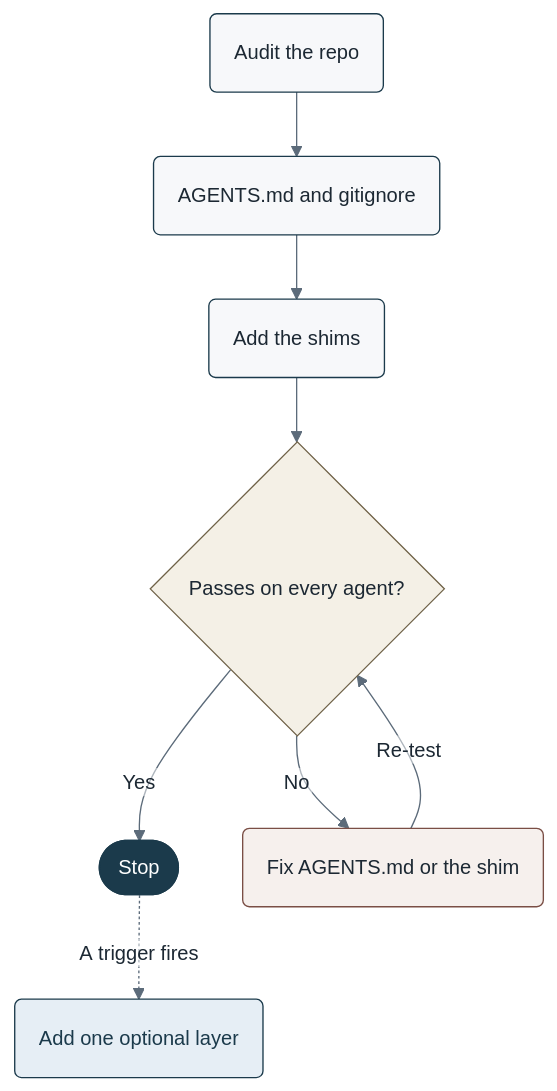
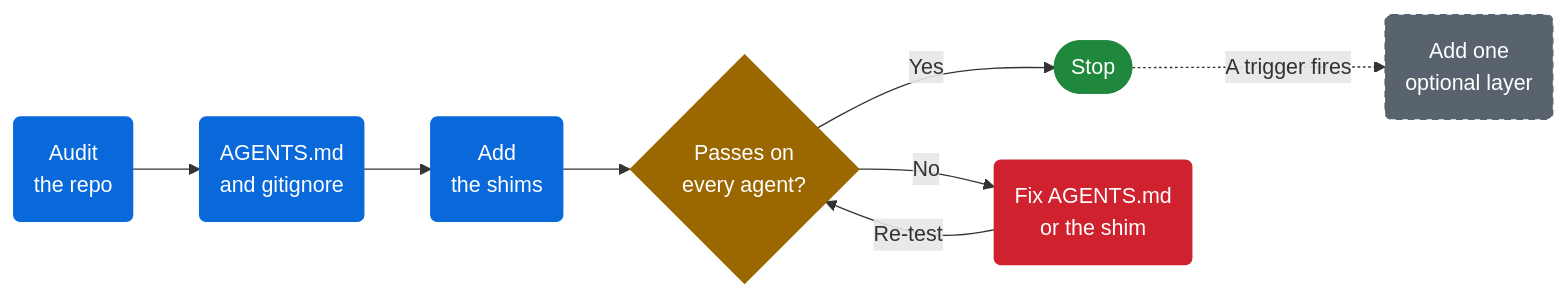
The second of 2 diagrams in README.md (santoshshinde2012/over-ai-engineering), drawn with Mermaid before and after one commit. The commit also changed other lines of this file, not shown here.

Commit message:
Render the README diagrams in both GitHub themes.
The diagrams set theme 'base' through an init directive, which stops
GitHub from switching them to its dark theme, and the flow diagram
intermittently failed to render on GitHub. Node colors now come from
classDef only, using GitHub Primer emphasis fills with white text, so
every node stays readable on light and dark pages while edges and
labels follow GitHub's theme.

````diff
--- a/README.md
+++ b/README.md
@@ -63,26 +60,23 @@
 ```mermaid
-%%{init: {'theme': 'base', 'flowchart': {'htmlLabels': false, 'curve': 'basis', 'padding': 18, 'nodeSpacing': 48, 'rankSpacing': 48}, 'themeVariables': {'fontFamily': 'arial', 'fontSize': '15px', 'lineColor': '#5C6B7A', 'textColor': '#1C2833', 'primaryColor': '#F7F8FA', 'primaryTextColor': '#1C2833', 'primaryBorderColor': '#1B3A4B', 'edgeLabelBackground': '#FFFFFF'}}}%%
-flowchart TD
+flowchart LR
   accTitle: How to apply the checklist
-  accDescr: Audit, write AGENTS.md and the gitignore, add shims, then test on every agent. A no result fixes AGENTS.md or the shim and tests again. A yes result stops. A dashed line adds one optional layer only after a trigger fires.
+  accDescr: Audit, write AGENTS.md and the gitignore, add the shims, then test on every agent. A no result fixes AGENTS.md or the shim and tests again. A yes result stops. A dashed line adds one optional layer only after a trigger fires.
 
-  audit("Audit the repo") --> setup("AGENTS.md and gitignore")
-  setup --> shims("Add the shims")
-  shims --> test{"Passes on every agent?"}
+  audit("Audit<br/>the repo") --> setup("AGENTS.md<br/>and gitignore") --> shims("Add<br/>the shims") --> test{"Passes on<br/>every agent?"}
   test -->|Yes| stop(["Stop"])
-  stop -.->|A trigger fires| layer("Add one optional layer")
-  test -->|No| fix("Fix AGENTS.md or the shim")
+  stop -.->|A trigger fires| layer("Add one<br/>optional layer")
+  test -->|No| fix("Fix AGENTS.md<br/>or the shim")
   fix -->|Re-test| test
 
+  classDef step fill:#0969DA,stroke:#0969DA,color:#FFFFFF
+  classDef check fill:#9A6700,stroke:#9A6700,color:#FFFFFF
+  classDef done fill:#1F883D,stroke:#1F883D,color:#FFFFFF
+  classDef rework fill:#CF222E,stroke:#CF222E,color:#FFFFFF
+  classDef later fill:#59636E,stroke:#59636E,color:#FFFFFF,stroke-dasharray:5 4
+
   class audit,setup,shims step
-  class test decision
+  class test check
+  class stop done
   class fix rework
-  class stop terminal
   class layer later
-
-  classDef step fill:#F7F8FA,stroke:#1B3A4B,color:#1C2833
-  classDef decision fill:#F4F0E6,stroke:#6F6248,color:#1C2833
-  classDef rework fill:#F6F0ED,stroke:#7A4E45,color:#1C2833
-  classDef terminal fill:#1B3A4B,stroke:#1B3A4B,color:#FFFFFF
-  classDef later fill:#E6EEF5,stroke:#1B3A4B,color:#1B3A4B
 ```
````
